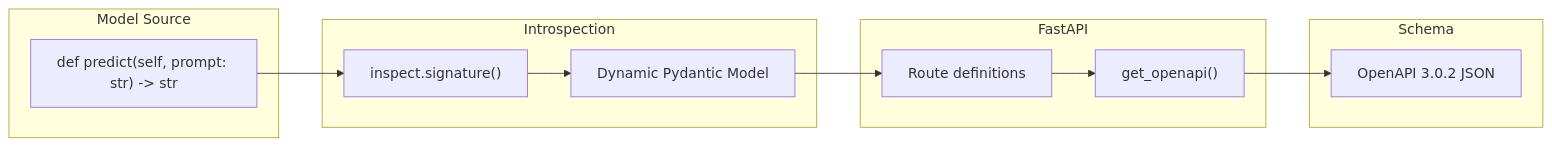
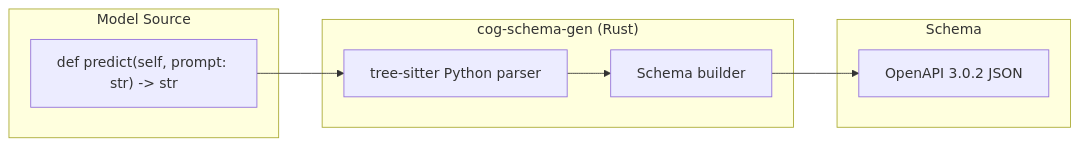
The diagram in architecture/02-schema.md (replicate/cog), drawn with Mermaid before and after one commit. The commit also changed other lines of this file and 8 other files, not shown here.

````diff
--- a/architecture/02-schema.md
+++ b/architecture/02-schema.md
@@ -61,22 +61,17 @@
 ```mermaid
 flowchart LR
     subgraph source["Model Source"]
         predict["def predict(self, prompt: str) -> str"]
     end
     
-    subgraph introspection["Introspection"]
-        sig["inspect.signature()"]
-        pydantic["Dynamic Pydantic Model"]
-    end
-    
-    subgraph fastapi["FastAPI"]
-        routes["Route definitions"]
-        openapi["get_openapi()"]
+    subgraph schemagen["cog-schema-gen (Rust)"]
+        parse["tree-sitter Python parser"]
+        build["Schema builder"]
     end
     
     subgraph output["Schema"]
         spec["OpenAPI 3.0.2 JSON"]
     end
     
-    predict --> sig --> pydantic --> routes --> openapi --> spec
+    predict --> parse --> build --> spec
 ```
````
